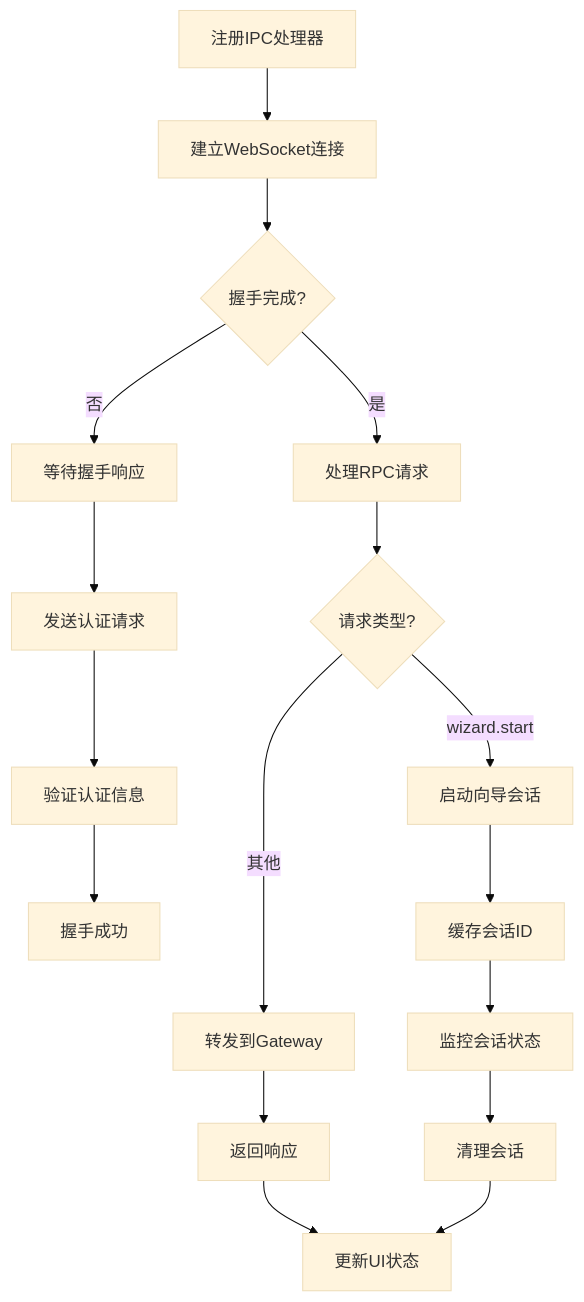
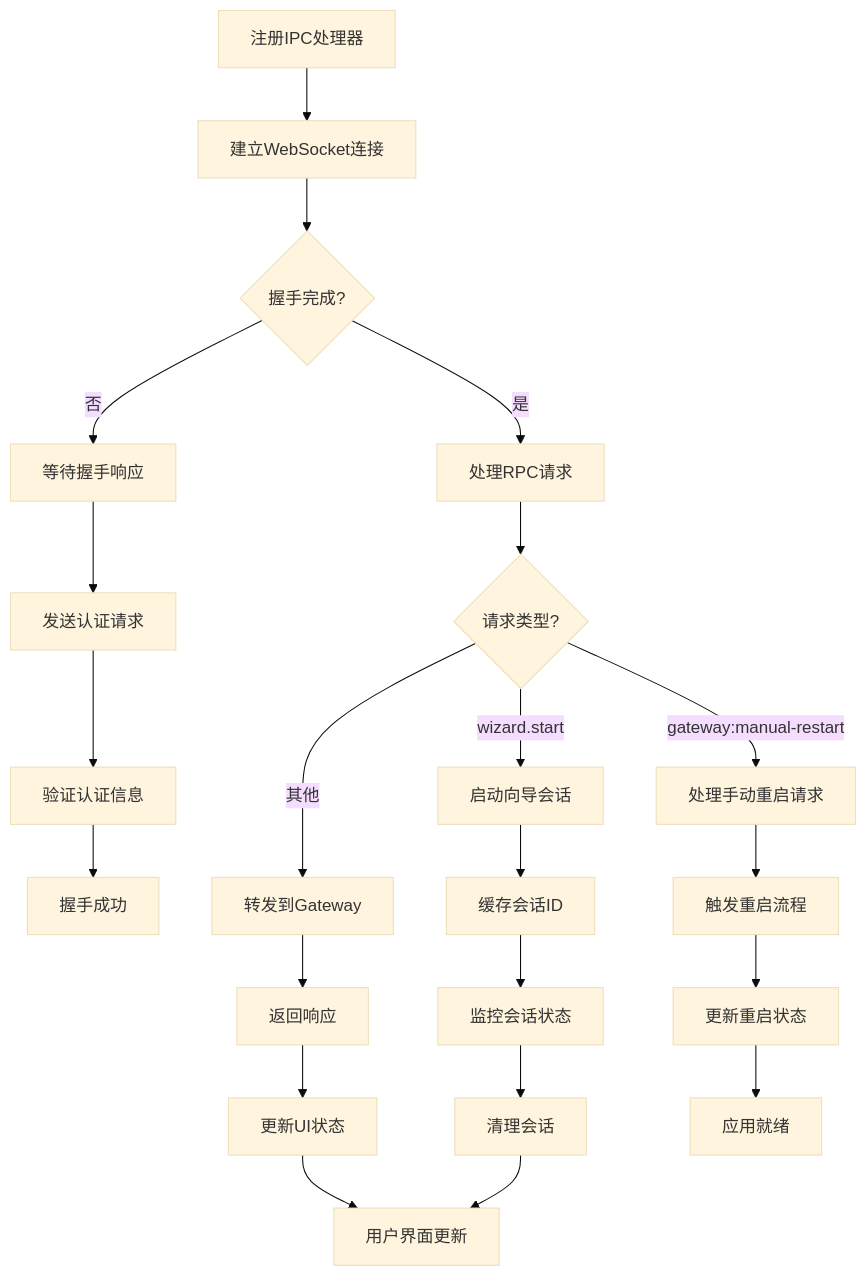
Before and after one commit to verse-ai-org/openclaw: the seventh of 57 diagrams in .qoder/repowiki/zh/content/核心概念/Electron应用增强.md, drawn with Mermaid (base theme). The commit also changed other lines of this file and 19 other files, not shown here.

````diff
--- a/.qoder/repowiki/zh/content/核心概念/Electron应用增强.md
+++ b/.qoder/repowiki/zh/content/核心概念/Electron应用增强.md
@@ -739,19 +922,24 @@
 ```mermaid
 flowchart TD
 A[注册IPC处理器] --> B[建立WebSocket连接]
 B --> C{握手完成?}
 C --> |否| D[等待握手响应]
 D --> E[发送认证请求]
 E --> F[验证认证信息]
 F --> G[握手成功]
 C --> |是| H[处理RPC请求]
 H --> I{请求类型?}
 I --> |wizard.start| J[启动向导会话]
-I --> |其他| K[转发到Gateway]
-J --> L[缓存会话ID]
-K --> M[返回响应]
-L --> N[监控会话状态]
-N --> O[清理会话]
-M --> P[更新UI状态]
-O --> P
+I --> |gateway:manual-restart| K[处理手动重启请求]
+I --> |其他| L[转发到Gateway]
+J --> M[缓存会话ID]
+K --> N[触发重启流程]
+L --> O[返回响应]
+M --> P[监控会话状态]
+N --> Q[更新重启状态]
+O --> R[更新UI状态]
+P --> S[清理会话]
+Q --> T[应用就绪]
+R --> U[用户界面更新]
+S --> U
 ```
````
